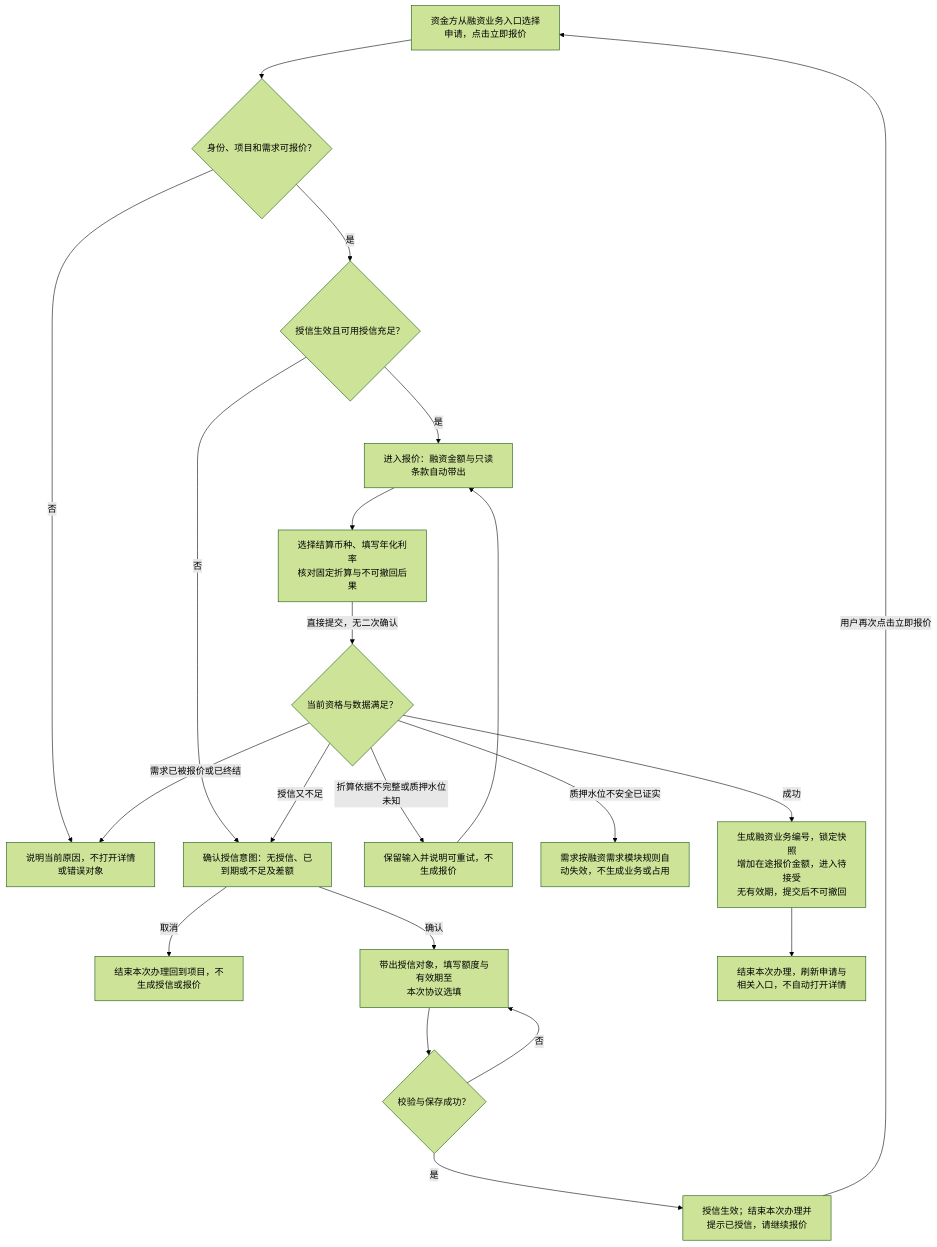
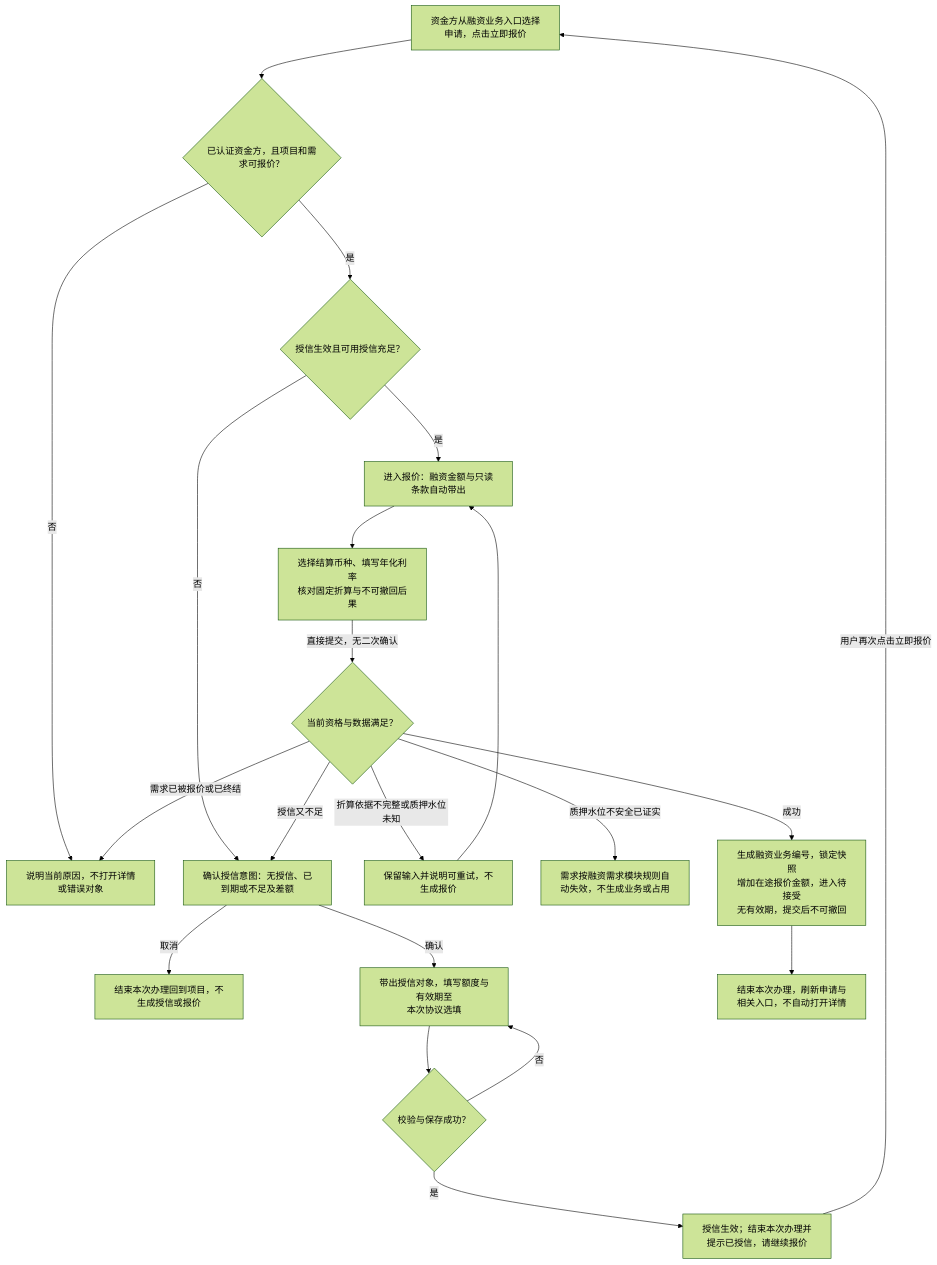
One commit to wxblockchain/Chain-Financing changed the first of 8 diagrams in lending-platform/PRD/面客端/06-借贷广场-授信报价与接受拒绝/02-授信报价与接受拒绝-流程图与状态机.md. Above: the diagram before and after it, drawn with Mermaid (forest theme). The commit also changed other lines of this file and 6 other files, not shown here.

````diff
--- a/lending-platform/PRD/面客端/06-借贷广场-授信报价与接受拒绝/02-授信报价与接受拒绝-流程图与状态机.md
+++ b/lending-platform/PRD/面客端/06-借贷广场-授信报价与接受拒绝/02-授信报价与接受拒绝-流程图与状态机.md
@@ -21,23 +21,23 @@
 ```mermaid
 flowchart TD
-  A[资金方从融资业务入口选择申请，点击立即报价] --> B{身份、项目和需求可报价？}
+  A[资金方从融资业务入口选择申请，点击立即报价] --> B{已认证资金方，且项目和需求可报价？}
   B -->|否| X[说明当前原因，不打开详情或错误对象]
   B -->|是| C{授信生效且可用授信充足？}
   C -->|否| D[确认授信意图：无授信、已到期或不足及差额]
   D -->|取消| E[结束本次办理回到项目，不生成授信或报价]
   D -->|确认| F[带出授信对象，填写额度与有效期至<br/>本次协议选填]
   F --> G{校验与保存成功？}
   G -->|否| F
   G -->|是| H[授信生效；结束本次办理并提示已授信，请继续报价]
   H -->|用户再次点击立即报价| A
   C -->|是| Q[进入报价：融资金额与只读条款自动带出]
   Q --> R[选择结算币种、填写年化利率<br/>核对固定折算与不可撤回后果]
   R -->|直接提交，无二次确认| S{当前资格与数据满足？}
   S -->|折算依据不完整或质押水位未知| U[保留输入并说明可重试，不生成报价]
   U --> Q
   S -->|质押水位不安全已证实| V[需求按融资需求模块规则自动失效，不生成业务或占用]
   S -->|需求已被报价或已终结| X
   S -->|授信又不足| D
   S -->|成功| W[生成融资业务编号，锁定快照<br/>增加在途报价金额，进入待接受<br/>无有效期，提交后不可撤回]
   W --> Z[结束本次办理，刷新申请与相关入口，不自动打开详情]
 ```
````
